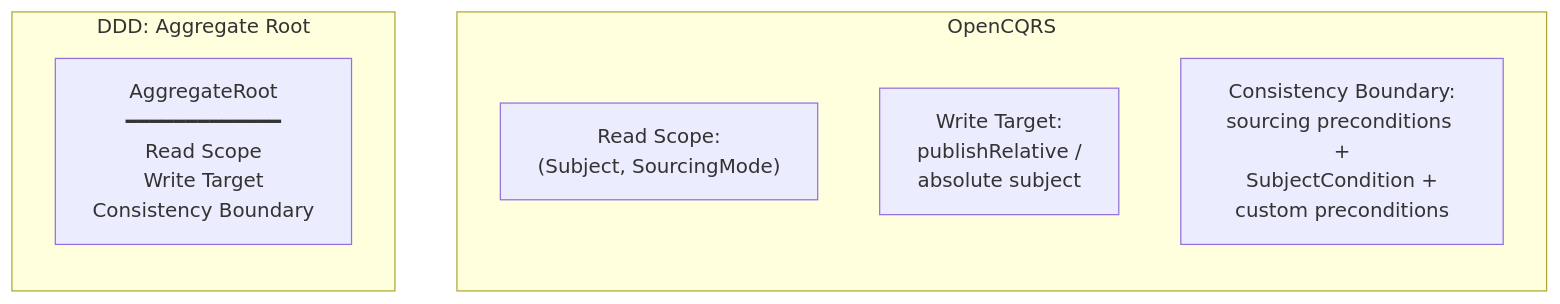
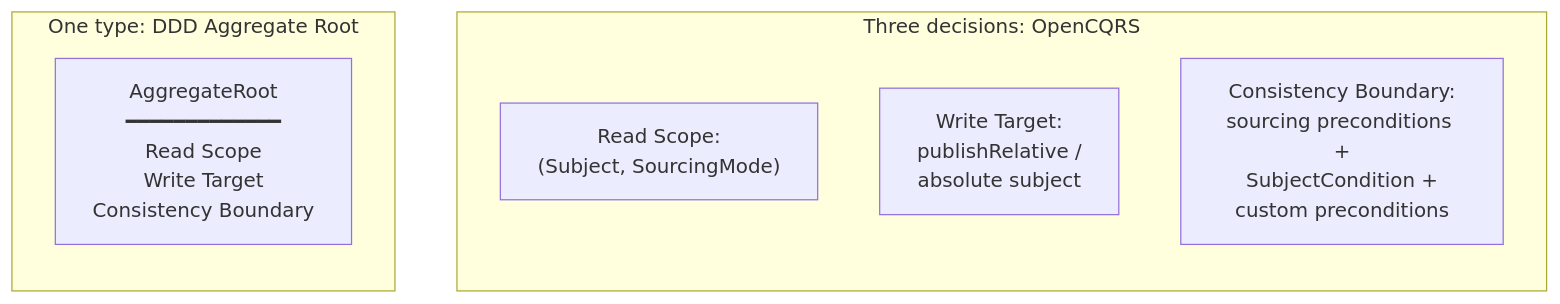
Before and after one commit to BadMomber/opencqrs: the first of 4 diagrams in mkdocs/docs/blog/posts/2026/2026-10-12-missing-aggregate/index.md, drawn with Mermaid. The commit also changed other lines of this file, not shown here.

Commit message:
doc: address review comments on missing aggregate article, deaify and enrich

````diff
--- a/mkdocs/docs/blog/posts/2026/2026-10-12-missing-aggregate/index.md
+++ b/mkdocs/docs/blog/posts/2026/2026-10-12-missing-aggregate/index.md
@@ -49,15 +47,15 @@
 ```mermaid
 flowchart LR
-    subgraph DDD["DDD: Aggregate Root"]
+    subgraph DDD["One type: DDD Aggregate Root"]
         ROOT["AggregateRoot<br/>━━━━━━━━━━━━━<br/>Read Scope<br/>Write Target<br/>Consistency Boundary"]
     end
 
-    subgraph OCQ["OpenCQRS"]
+    subgraph OCQ["Three decisions: OpenCQRS"]
         direction TB
         S1["Read Scope:<br/>(Subject, SourcingMode)"]
         S2["Write Target:<br/>publishRelative /<br/>absolute subject"]
         S3["Consistency Boundary:<br/>sourcing preconditions +<br/>SubjectCondition +<br/>custom preconditions"]
     end
 
     DDD ~~~ OCQ
 ```
````
